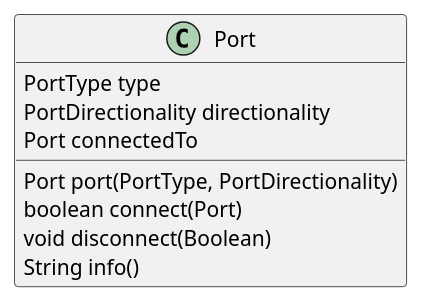
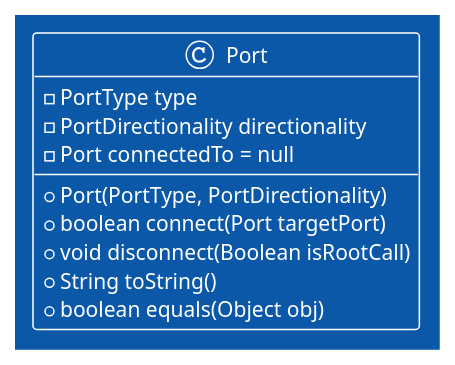
One commit to 101010101010101011010/ObjetSimple changed the diagram in Port.puml. Above: the diagram before and after it, drawn with PlantUML. The commit also changed 1 other file, not shown here.

```diff
--- a/Port.puml
+++ b/Port.puml
@@ -1,14 +1,16 @@
-@startuml port
+@startuml Port
+!theme amiga
 
 class Port {
-  PortType type
-  PortDirectionality directionality
-  Port connectedTo
+  - PortType type
+  - PortDirectionality directionality
+  - Port connectedTo = null
 
-  Port port(PortType, PortDirectionality)
-  boolean connect(Port)
-  void disconnect(Boolean)
-  String info()
+  + Port(PortType, PortDirectionality)
+  + boolean connect(Port targetPort)
+  + void disconnect(Boolean isRootCall)
+  + String toString()
+  + boolean equals(Object obj)
 }
 
 @enduml
```
